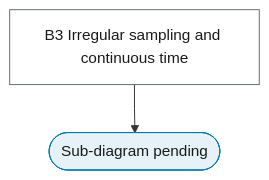
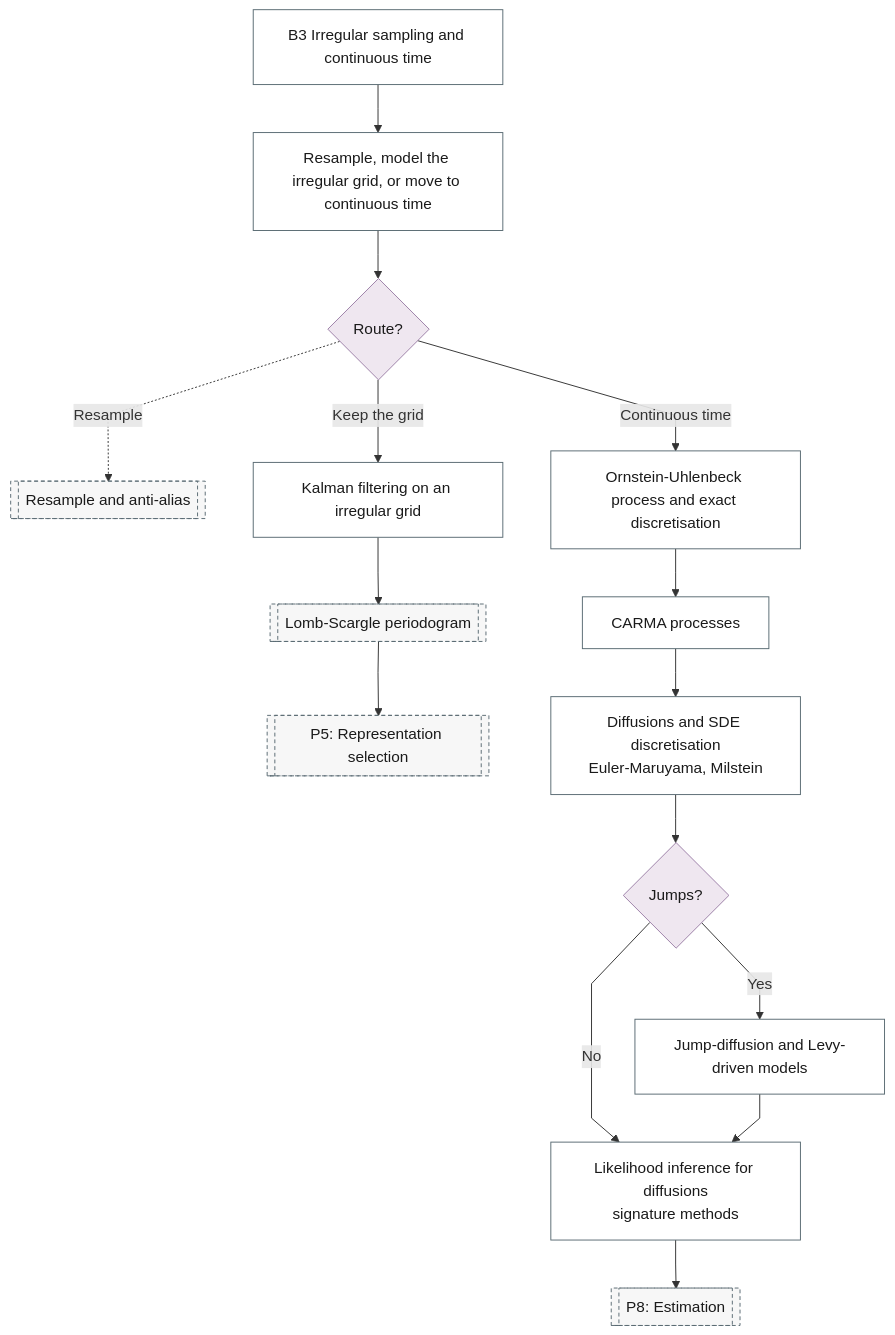
Before and after one commit to Shuxin-Y/time-series-analysis-manual: the diagram in docs/reference/15-continuous-time/index.md, drawn with Mermaid. The commit also changed other lines of this file and 11 other files, not shown here.

First line of the commit message:
feat(flowchart): branch sub-diagrams B1 to B7

````diff
--- a/docs/reference/15-continuous-time/index.md
+++ b/docs/reference/15-continuous-time/index.md
@@ -7,15 +7,29 @@
 ```mermaid
 %%{init: {"flowchart": {"curve": "linear"}}}%%
 graph TD
-    B3["B3 Irregular sampling and continuous time"] --> B3_PENDING(["Sub-diagram pending"])
-    class B3 process
-    class B3_PENDING terminator
+    B3["B3 Irregular sampling and continuous time"] --> B3_CHOICE["Resample, model the irregular grid, or move to continuous time"]
+    B3_CHOICE --> B3_ROUTE{"Route?"}
+    B3_ROUTE -.->|"Resample"| P0_RESAMPLE[["Resample and anti-alias"]]
+    B3_ROUTE -->|"Keep the grid"| B3_IRREGULAR_KALMAN["Kalman filtering on an irregular grid"]
+    B3_ROUTE -->|"Continuous time"| B3_OU["Ornstein-Uhlenbeck process and exact discretisation"]
+    B3_IRREGULAR_KALMAN --> P5_FD_LOMB_SCARGLE[["Lomb-Scargle periodogram"]]
+    P5_FD_LOMB_SCARGLE --> P5[["P5: Representation selection"]]
+    B3_OU --> B3_CARMA["CARMA processes"]
+    B3_CARMA --> B3_SDE["Diffusions and SDE discretisation<br/>Euler-Maruyama, Milstein"]
+    B3_SDE --> B3_JUMPS{"Jumps?"}
+    B3_JUMPS -->|"Yes"| B3_JUMP_LEVY["Jump-diffusion and Levy-driven models"]
+    B3_JUMPS -->|"No"| B3_SDE_INFERENCE
+    B3_JUMP_LEVY --> B3_SDE_INFERENCE["Likelihood inference for diffusions<br/>signature methods"]
+    B3_SDE_INFERENCE --> P8[["P8: Estimation"]]
+    class B3_ROUTE,B3_JUMPS decision
+    class B3,B3_CHOICE,B3_IRREGULAR_KALMAN,B3_OU,B3_CARMA,B3_SDE,B3_JUMP_LEVY,B3_SDE_INFERENCE process
+    class P0_RESAMPLE,P5_FD_LOMB_SCARGLE,P5,P8 ref
     classDef terminator fill:#E6F2F7,stroke:#007BA7,color:#1A1A1A;
     classDef process fill:#FFFFFF,stroke:#5A6B73,color:#1A1A1A;
     classDef decision fill:#EFE7F0,stroke:#9B7FA7,color:#1A1A1A;
     classDef data fill:#FFF4E0,stroke:#C9A55E,color:#1A1A1A;
     classDef good fill:#DCEFD8,stroke:#4A7A3F,color:#1A1A1A;
     classDef escalate fill:#FFE9C2,stroke:#C9A55E,color:#1A1A1A;
     classDef problem fill:#F2D9DE,stroke:#800020,color:#1A1A1A;
     classDef ref fill:#F7F7F7,stroke:#5A6B73,color:#1A1A1A,stroke-dasharray:4 3;
 ```
````
